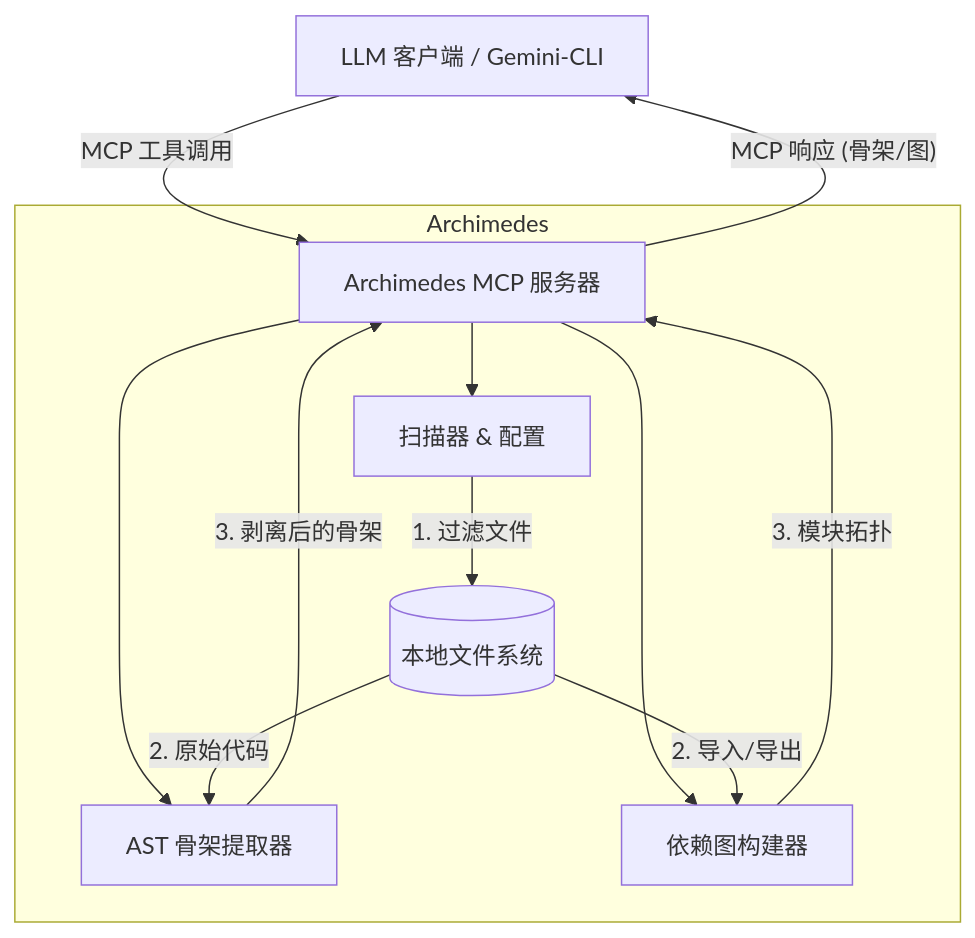
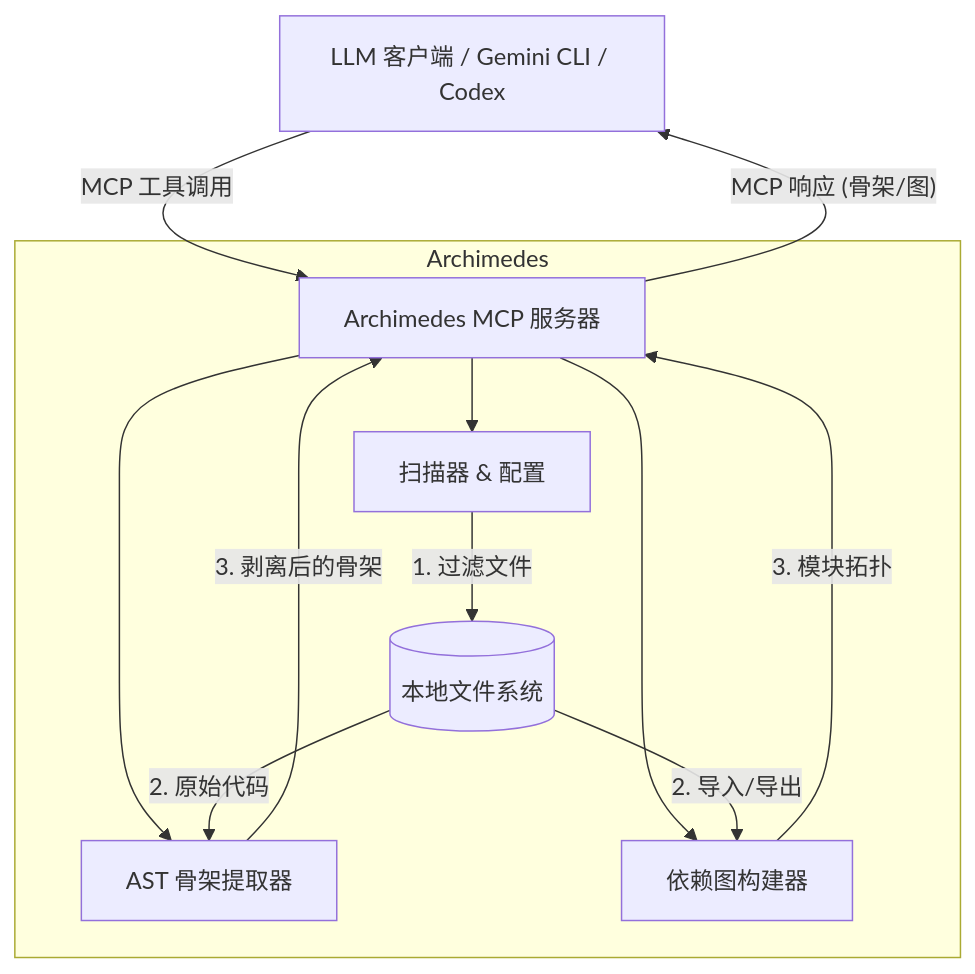
One commit to Flying-Henanese/graph-mcp changed the diagram in README_CN.md. Above: the diagram before and after it, drawn with Mermaid. The commit also changed other lines of this file and 14 other files, not shown here.

First line of the commit message:
Add context blocks, improve graph & config

````diff
--- a/README_CN.md
+++ b/README_CN.md
@@ -8,18 +8,18 @@
 ```mermaid
 graph TD
-    Client[LLM 客户端 / Gemini-CLI] -- "MCP 工具调用" --> Server[Archimedes MCP 服务器]
+    Client[LLM 客户端 / Gemini CLI / Codex] -- "MCP 工具调用" --> Server[Archimedes MCP 服务器]
     
     subgraph Archimedes
         Server --> Scanner[扫描器 & 配置]
         Server --> Extractor[AST 骨架提取器]
         Server --> GraphBuilder[依赖图构建器]
         
         Scanner -- "1. 过滤文件" --> FS[(本地文件系统)]
         FS -- "2. 原始代码" --> Extractor
         FS -- "2. 导入/导出" --> GraphBuilder
         Extractor -- "3. 剥离后的骨架" --> Server
         GraphBuilder -- "3. 模块拓扑" --> Server
     end
     
     Server -- "MCP 响应 (骨架/图)" --> Client
 ```
````
